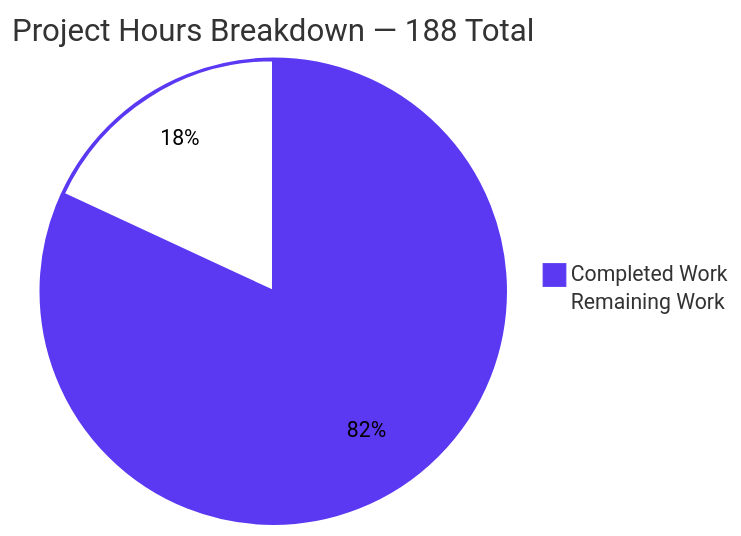
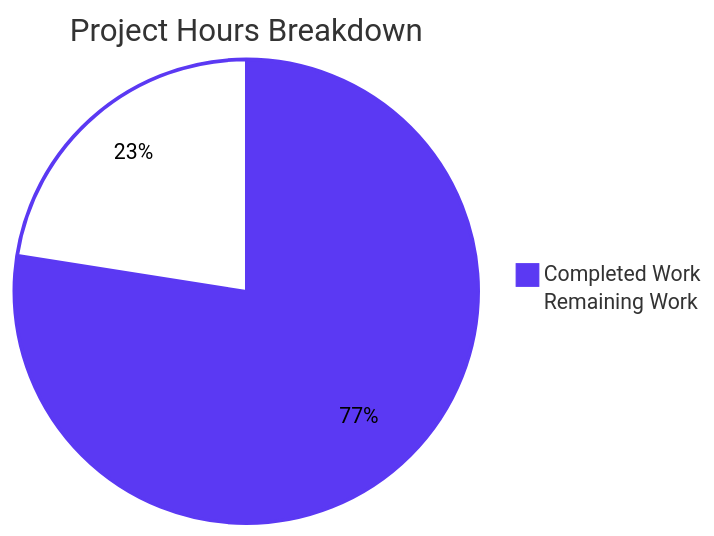
Before and after one commit to Tzadiko/monero: the second of 3 diagrams in blitzy/documentation/Project Guide.md, drawn with Mermaid. The commit also changed other lines of this file, not shown here.

Commit message:
Adding Blitzy Project Guide: Project Status and Human Tasks Remaining

````diff
--- a/blitzy/documentation/Project Guide.md
+++ b/blitzy/documentation/Project Guide.md
@@ -1699,6 +255,6 @@
 ```mermaid
-%%{init: {"theme": "base", "themeVariables": {"pie1": "#5B39F3", "pie2": "#FFFFFF", "pieOpacity": "1", "pieStrokeColor": "#5B39F3", "pieOuterStrokeColor": "#5B39F3", "pieSectionTextColor": "#000000"}}}%%
-pie title Project Hours Breakdown — 188 Total
-    "Completed Work" : 154
-    "Remaining Work" : 34
+%%{init: {"theme": "base", "themeVariables": {"pie1": "#5B39F3", "pie2": "#FFFFFF", "pieStrokeColor": "#5B39F3", "pieOuterStrokeColor": "#5B39F3", "pieSectionTextColor": "#000000", "pieOpacity": "1"}}}%%
+pie title Project Hours Breakdown
+    "Completed Work" : 148
+    "Remaining Work" : 43
 ```
````
